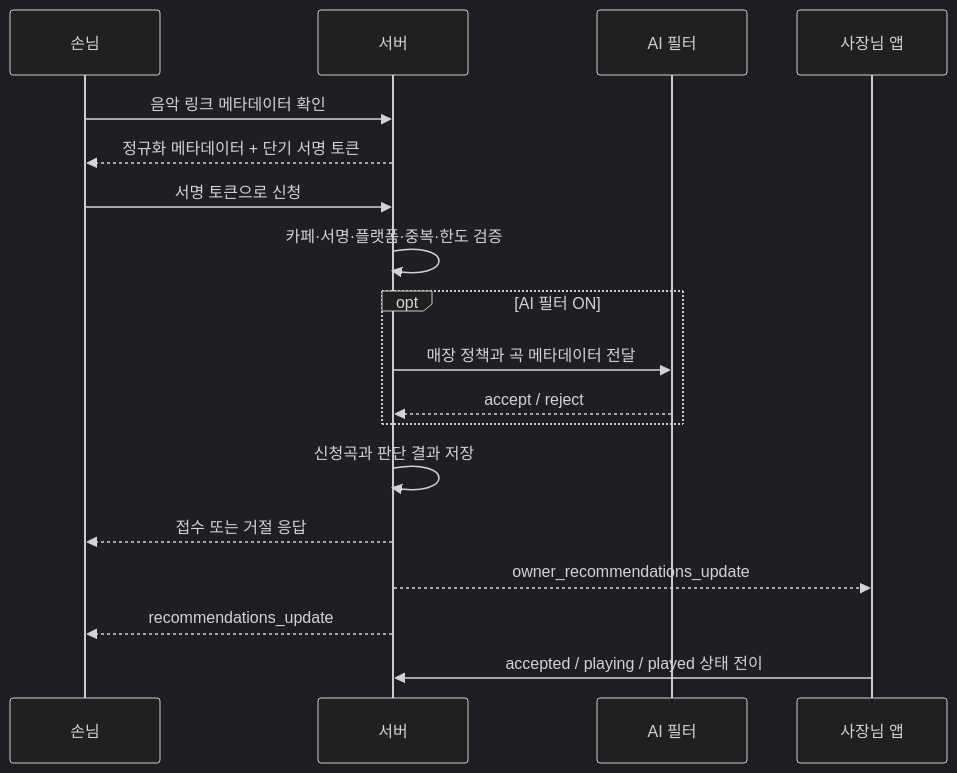
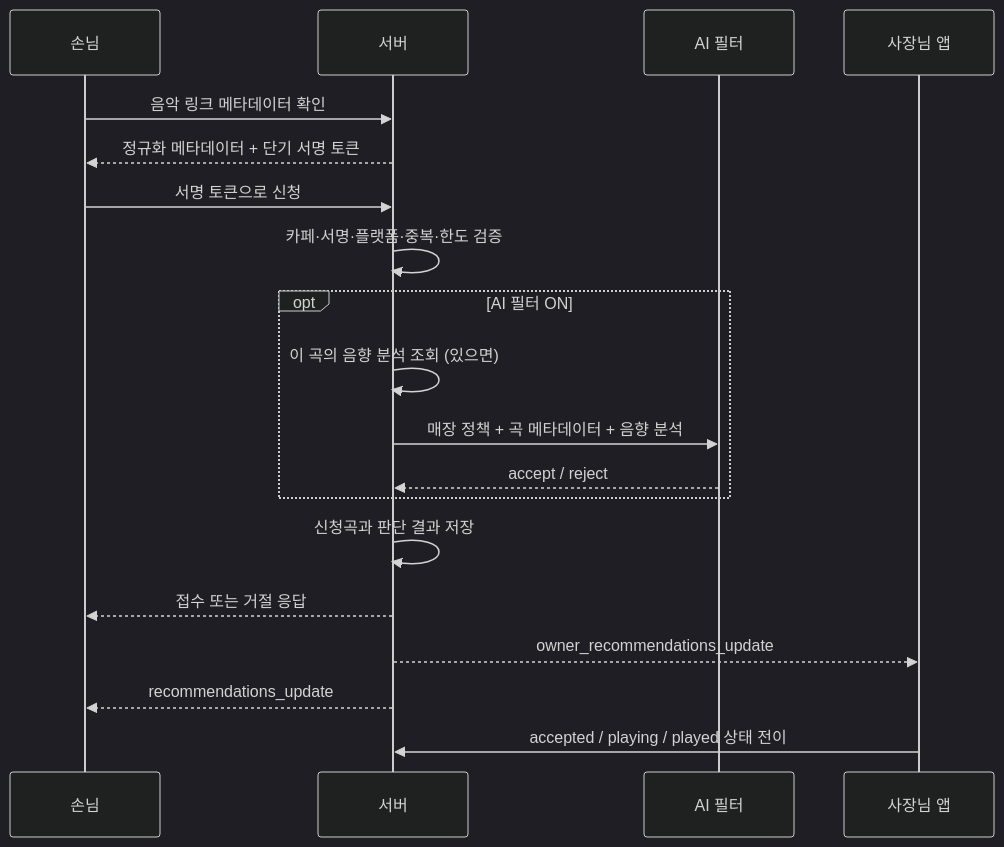
The second of 3 diagrams in docs/ARCHITECTURE.md (sngmng6506/caffeine-Flow), drawn with Mermaid (dark theme) before and after one commit. The commit also changed other lines of this file and 6 other files, not shown here.

````diff
--- a/docs/ARCHITECTURE.md
+++ b/docs/ARCHITECTURE.md
@@ -67,21 +67,22 @@
 ```mermaid
 sequenceDiagram
     participant G as 손님
     participant S as 서버
     participant A as AI 필터
     participant O as 사장님 앱
 
     G->>S: 음악 링크 메타데이터 확인
     S-->>G: 정규화 메타데이터 + 단기 서명 토큰
     G->>S: 서명 토큰으로 신청
     S->>S: 카페·서명·플랫폼·중복·한도 검증
     opt AI 필터 ON
-        S->>A: 매장 정책과 곡 메타데이터 전달
+        S->>S: 이 곡의 음향 분석 조회 (있으면)
+        S->>A: 매장 정책 + 곡 메타데이터 + 음향 분석
         A-->>S: accept / reject
     end
     S->>S: 신청곡과 판단 결과 저장
     S-->>G: 접수 또는 거절 응답
     S-->>O: owner_recommendations_update
     S-->>G: recommendations_update
     O->>S: accepted / playing / played 상태 전이
 ```
````
